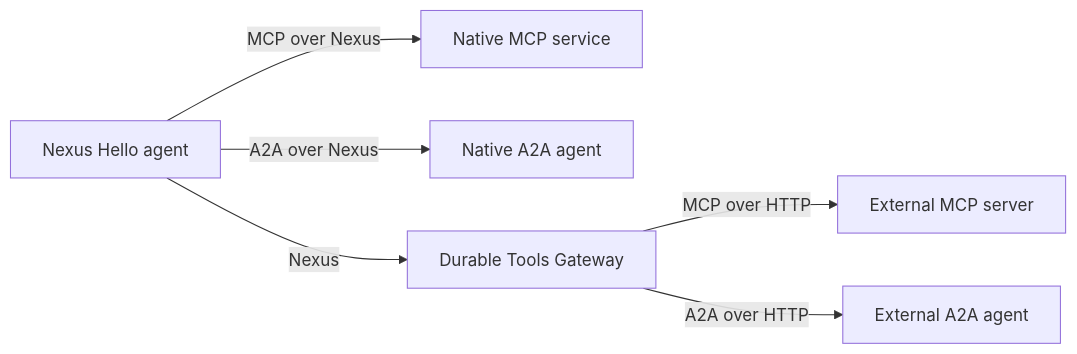
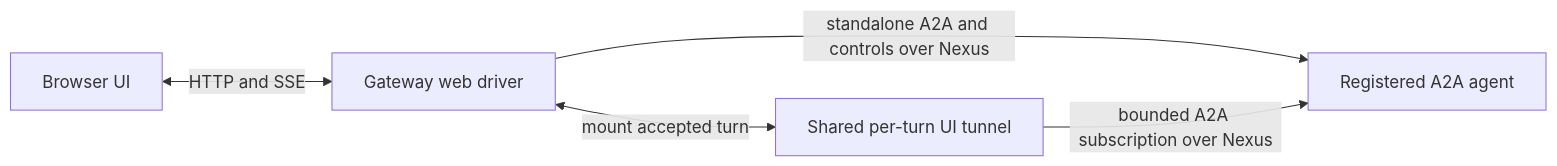
One commit to temporal-community/temporal-agent-harness changed the second of 7 diagrams in examples/nexus_hello/README.md. Above: the diagram before and after it, drawn with Mermaid. The commit also changed other lines of this file and 4 other files, not shown here.

Commit message:
Showcase brokered account UI in Nexus Hello

````diff
--- a/examples/nexus_hello/README.md
+++ b/examples/nexus_hello/README.md
@@ -39,15 +103,7 @@
 ```mermaid
 flowchart LR
-    Agent[Nexus Hello agent]
-    NativeMCP[Native MCP service]
-    NativeAgent[Native A2A agent]
-    Gateway[Durable Tools Gateway]
-    ExternalMCP[External MCP server]
-    ExternalAgent[External A2A agent]
-
-    Agent -->|MCP over Nexus| NativeMCP
-    Agent -->|A2A over Nexus| NativeAgent
-    Agent -->|Nexus| Gateway
-    Gateway -->|MCP over HTTP| ExternalMCP
-    Gateway -->|A2A over HTTP| ExternalAgent
+    Browser[Browser UI] <-->|HTTP and SSE| Driver[Gateway web driver]
+    Driver -->|standalone A2A and controls over Nexus| Agent[Registered A2A agent]
+    Driver <-->|mount accepted turn| Tunnel[Shared per-turn UI tunnel]
+    Tunnel -->|bounded A2A subscription over Nexus| Agent
 ```
````
